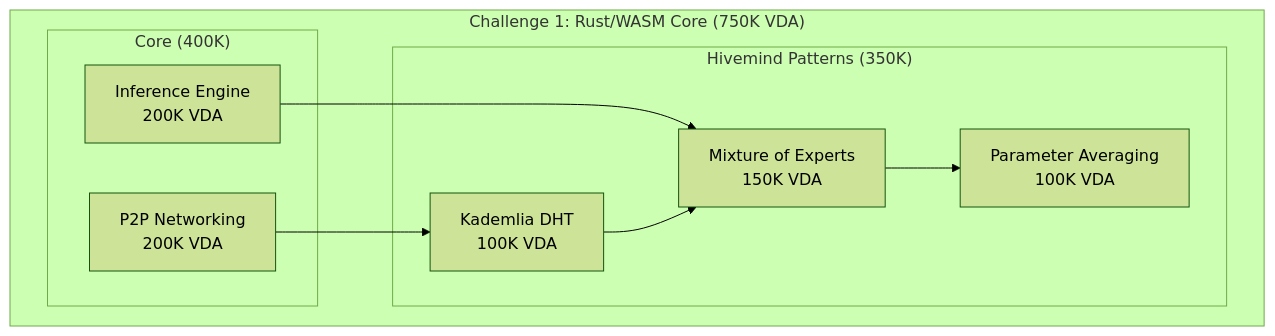
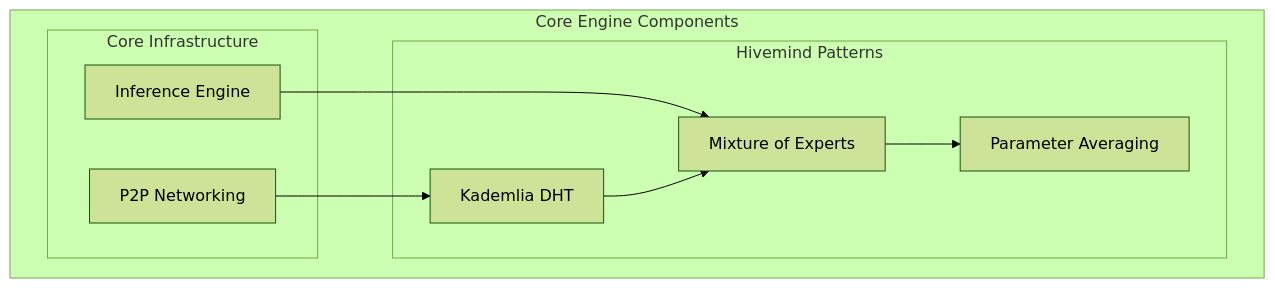
One commit to Kwaai-AI-Lab/KwaaiNet changed the ninth of 9 diagrams in docs/HIVEMIND_RUST_ARCHITECTURE.md. Above: the diagram before and after it, drawn with Mermaid (forest theme). The commit also changed other lines of this file and 10 other files, not shown here.

````diff
--- a/docs/HIVEMIND_RUST_ARCHITECTURE.md
+++ b/docs/HIVEMIND_RUST_ARCHITECTURE.md
@@ -1078,20 +1078,20 @@
 ```mermaid
 graph TB
-    subgraph "Challenge 1: Rust/WASM Core (750K VDA)"
-        subgraph "Core (400K)"
-            Engine[Inference Engine<br/>200K VDA]
-            P2P[P2P Networking<br/>200K VDA]
+    subgraph "Core Engine Components"
+        subgraph "Core Infrastructure"
+            Engine[Inference Engine]
+            P2P[P2P Networking]
         end
 
-        subgraph "Hivemind Patterns (350K)"
-            DHT[Kademlia DHT<br/>100K VDA]
-            MoE[Mixture of Experts<br/>150K VDA]
-            Avg[Parameter Averaging<br/>100K VDA]
+        subgraph "Hivemind Patterns"
+            DHT[Kademlia DHT]
+            MoE[Mixture of Experts]
+            Avg[Parameter Averaging]
         end
     end
 
     Engine --> MoE
     P2P --> DHT
     DHT --> MoE
     MoE --> Avg
 ```
````
